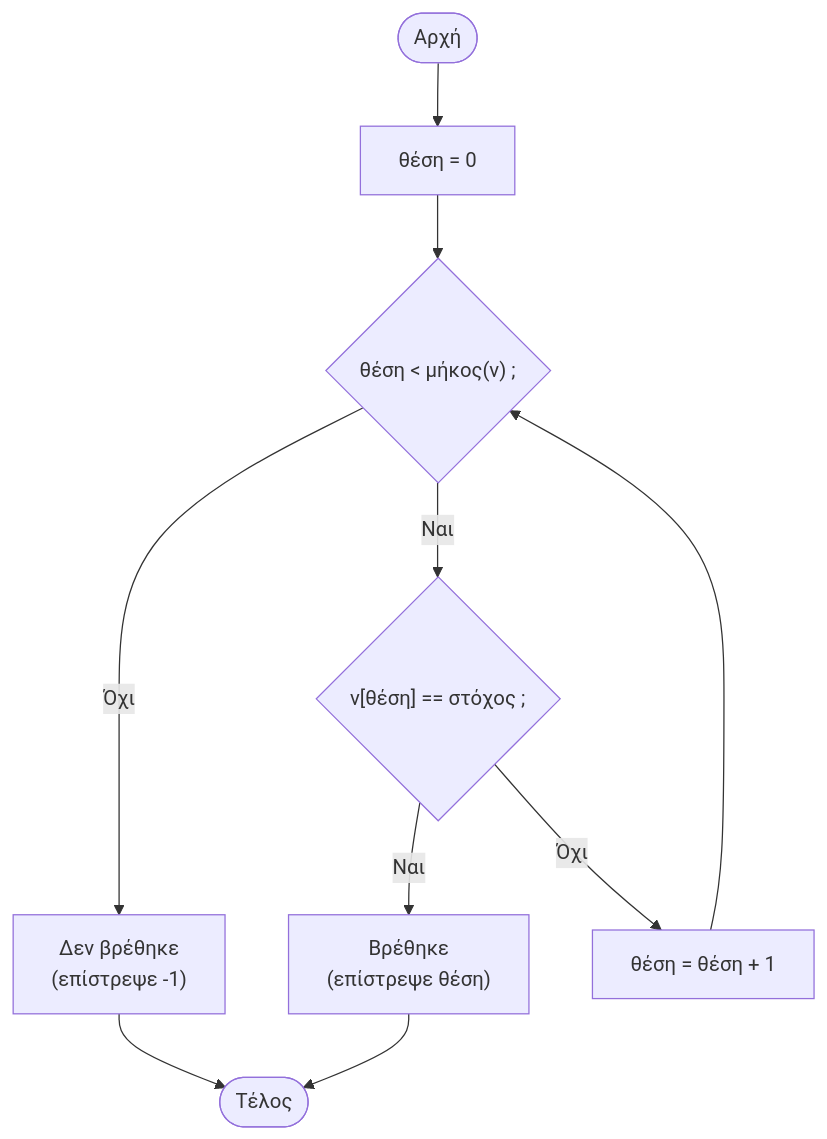
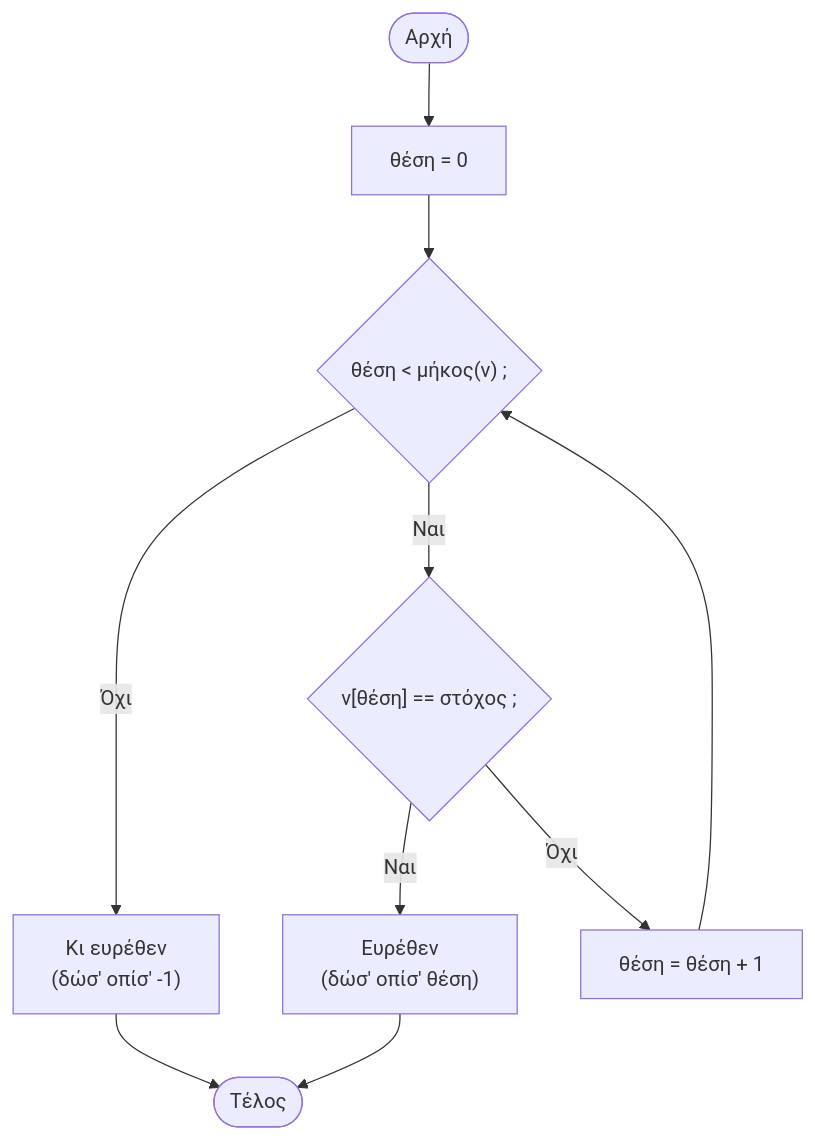
The first of 5 diagrams in week1.qmd (zafeirakopoulos/pliroforiki), drawn with Mermaid before and after one commit. The commit also changed other lines of this file, not shown here.

````diff
--- a/week1.qmd
+++ b/week1.qmd
@@ -70,14 +70,14 @@
 ```{mermaid}
 flowchart TD
     A(["Αρχή"]) --> B["θέση = 0"]
     B --> C{"θέση < μήκος(v) ;"}
-    C -- "Όχι" --> H["Δεν βρέθηκε
-(επίστρεψε -1)"]
+    C -- "Όχι" --> H["Κι ευρέθεν
+(δώσ' οπίσ' -1)"]
     C -- "Ναι" --> D{"v[θέση] == στόχος ;"}
-    D -- "Ναι" --> F["Βρέθηκε
-(επίστρεψε θέση)"]
+    D -- "Ναι" --> F["Ευρέθεν
+(δώσ' οπίσ' θέση)"]
     D -- "Όχι" --> E["θέση = θέση + 1"]
     E --> C
     F --> K(["Τέλος"])
     H --> K
 ```
````
